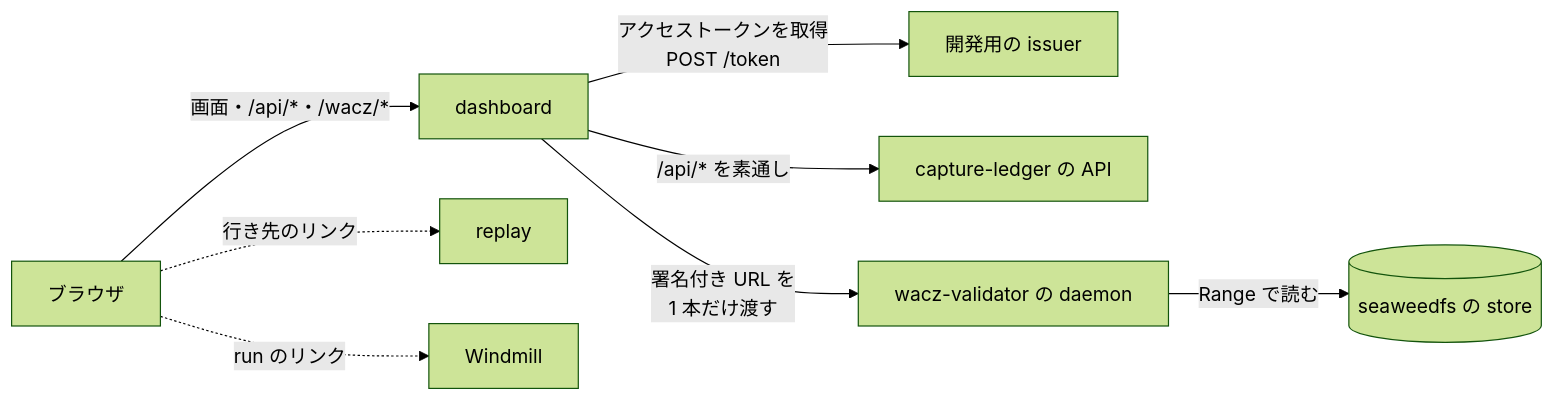
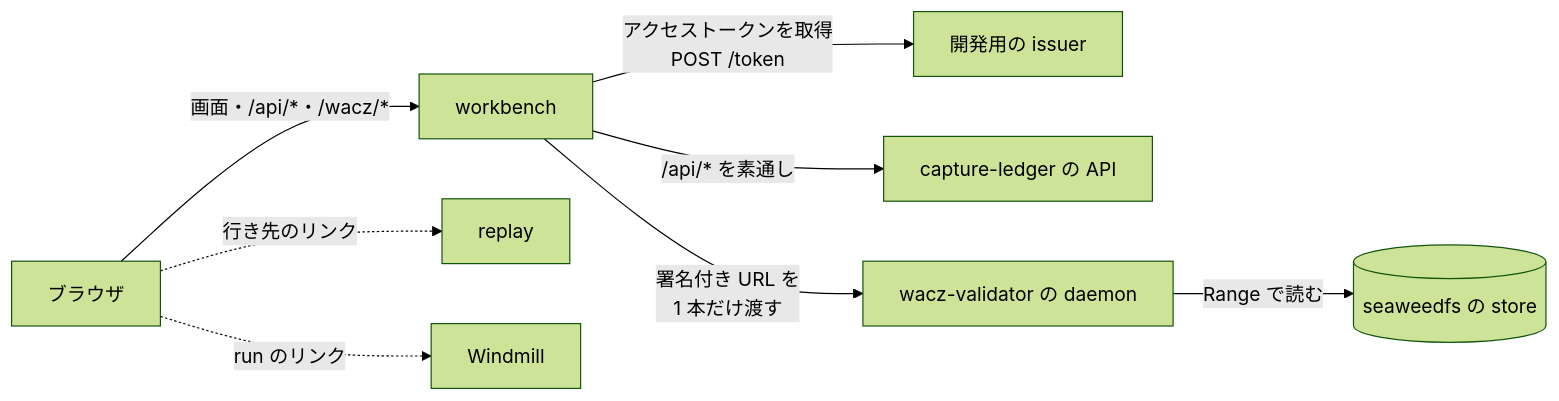
One commit to uraitakahito/capture-workbench changed the diagram in docs-site/src/content/docs/ja/index.md. Above: the diagram before and after it, drawn with Mermaid (forest theme). The commit also changed other lines of this file and 59 other files, not shown here.

````diff
--- a/docs-site/src/content/docs/ja/index.md
+++ b/docs-site/src/content/docs/ja/index.md
@@ -23,10 +23,10 @@
 ```mermaid
 flowchart LR
-  B["ブラウザ"] -->|"画面・/api/*・/wacz/*"| D["dashboard"]
+  B["ブラウザ"] -->|"画面・/api/*・/wacz/*"| D["workbench"]
   D -->|"アクセストークンを取得<br/>POST /token"| I["開発用の issuer"]
   D -->|"/api/* を素通し"| L["capture-ledger の API"]
   D -->|"署名付き URL を<br/>1 本だけ渡す"| V["wacz-validator の daemon"]
   V -->|"Range で読む"| S[("seaweedfs の store")]
   B -.->|"行き先のリンク"| R["replay"]
   B -.->|"run のリンク"| W["Windmill"]
 ```
````
